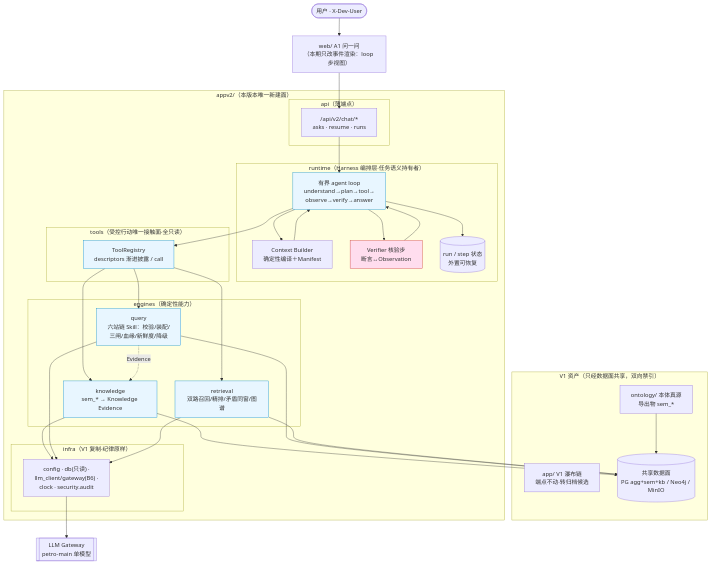
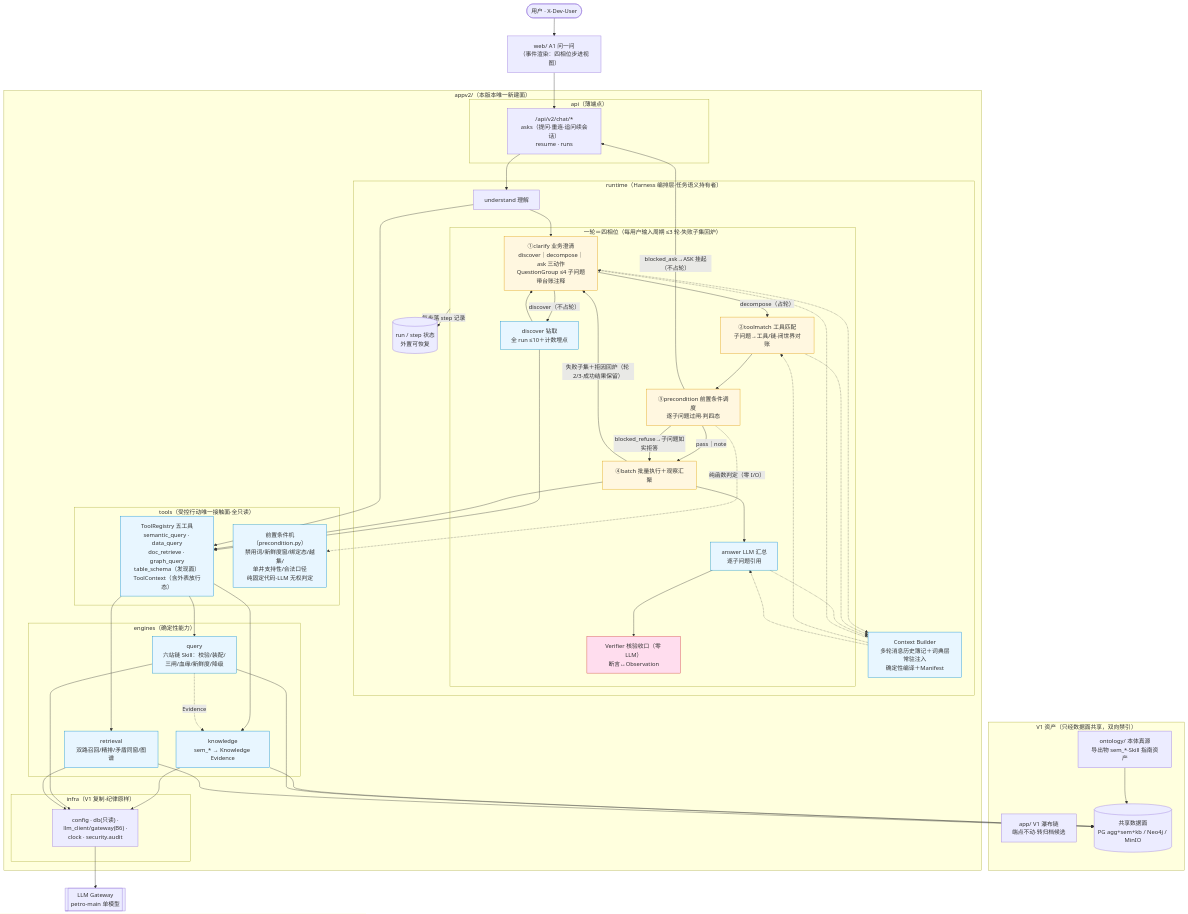
One commit to zzwcoding/petro-agent-platform changed the diagram in docs/architecture-v2.md. Above: the diagram before and after it, drawn with Mermaid. The commit also changed other lines of this file and 5 other files, not shown here.

````diff
--- a/docs/architecture-v2.md
+++ b/docs/architecture-v2.md
@@ -6,52 +8,74 @@
 ```mermaid
 flowchart TB
     subgraph 外部["V1 资产（只经数据面共享，双向禁引）"]
         V1APP[app/ V1 瀑布链<br/>端点不动·转归档候选]
-        ONTO[ontology/ 本体真源<br/>导出物 sem_*]
+        ONTO[ontology/ 本体真源<br/>导出物 sem_*·Skill 指南资产]
         DATAPLANE[(共享数据面<br/>PG agg+sem+kb / Neo4j / MinIO)]
     end
 
     subgraph APPV2["appv2/（本版本唯一新建面）"]
         subgraph L4["api（薄端点）"]
-            API["/api/v2/chat/*<br/>asks · resume · runs"]
+            API["/api/v2/chat/*<br/>asks（提问·重连·追问续会话）<br/>resume · runs"]
         end
         subgraph L3["runtime（Harness 编排层·任务语义持有者）"]
-            LOOP["有界 agent loop<br/>understand→plan→tool→<br/>observe→verify→answer"]
-            CB["Context Builder<br/>确定性编译＋Manifest"]
-            VS["Verifier 核验步<br/>断言↔Observation"]
+            U["understand 理解"]
+            subgraph PH["一轮＝四相位（每用户输入周期 ≤3 轮·失败子集回炉）"]
+                CL["①clarify 业务澄清<br/>discover｜decompose｜ask 三动作<br/>QuestionGroup ≤4 子问题带台账注释"]
+                DS["discover 钻取<br/>全 run ≤10＋计数埋点"]
+                TM["②toolmatch 工具匹配<br/>子问题→工具/链·闭世界对账"]
+                PRE["③precondition 前置条件调度<br/>逐子问题过闸·判四态"]
+                BAT["④batch 批量执行＋观察汇聚"]
+                AN["answer LLM 汇总<br/>逐子问题引用"]
+                VF["Verifier 核验收口（零 LLM）<br/>断言↔Observation"]
+            end
+            CB["Context Builder<br/>多轮消息历史簿记＋词典层常驻注入<br/>确定性编译＋Manifest"]
             ST[("run / step 状态<br/>外置可恢复")]
-            LOOP --> CB --> LOOP
-            LOOP --> VS --> LOOP
-            LOOP --> ST
         end
         subgraph L2["tools（受控行动唯一接触面·全只读）"]
-            TR["ToolRegistry<br/>descriptors 渐进披露 / call"]
+            TR["ToolRegistry 五工具<br/>semantic_query · data_query<br/>doc_retrieve · graph_query<br/>table_schema（发现面）<br/>ToolContext（含外表放行态）"]
+            PC["前置条件机（precondition.py）<br/>禁用词/新鲜度窗/绑定态/越集/<br/>单井支持性/合法口径<br/>纯固定代码·LLM 无权判定"]
         end
         subgraph L1["engines（确定性能力）"]
             KNO["knowledge<br/>sem_* → Knowledge Evidence"]
             QEN["query<br/>六站链 Skill：校验/装配/<br/>三闸/血缘/新鲜度/降级"]
             REN["retrieval<br/>双路召回/精排/矛盾同窗/图谱"]
         end
         subgraph L0["infra（V1 复制·纪律原样）"]
             INFRA["config · db(只读) ·<br/>llm_client/gateway(B6) ·<br/>clock · security.audit"]
         end
-        API --> LOOP
-        LOOP --> TR
+        API --> U
+        U --> CL
+        CL -- "discover（不占轮）" --> DS
+        CL -- "decompose（占轮）" --> TM
+        DS --> CL
+        TM --> PRE
+        PRE -- "pass｜note" --> BAT
+        PRE -- "blocked_ask→ASK 挂起（不占轮）" --> API
+        PRE -- "blocked_refuse→子问题如实拒答" --> BAT
+        BAT -- "失败子集＋拒因回炉（轮 2/3·成功结果保留）" --> CL
+        BAT --> AN --> VF
+        CL & TM & AN -.-> CB
+        CB -.-> CL & TM & AN
+        U & DS & BAT --> TR
+        PRE -. "纯函数判定（零 I/O）" .-> PC
         TR --> KNO & QEN & REN
         KNO & QEN & REN --> INFRA
         QEN -. Evidence .-> KNO
+        PH -- "每步落 step 记录" --> ST
     end
 
-    WEB["web/ A1 问一问<br/>（本期只改事件渲染：loop 步视图）"]
+    WEB["web/ A1 问一问<br/>（事件渲染：四相位步进视图）"]
     USER(["用户 · X-Dev-User"])
 
     USER --> WEB --> API
     INFRA --> GATEWAY[[LLM Gateway<br/>petro-main 单模型]]
     KNO & QEN & REN --> DATAPLANE
     ONTO --> DATAPLANE
 
     classDef safety fill:#fde,stroke:#c33;
     classDef new fill:#e8f6ff,stroke:#08c;
-    class VS safety
-    class LOOP,TR,KNO,QEN,REN new
+    classDef phase fill:#fff7e0,stroke:#d90;
+    class VF,PC safety
+    class CL,DS,TM,PRE,BAT,AN,CB,TR,PC,KNO,QEN,REN new
+    class CL,TM,PRE,BAT phase
 ```
````
